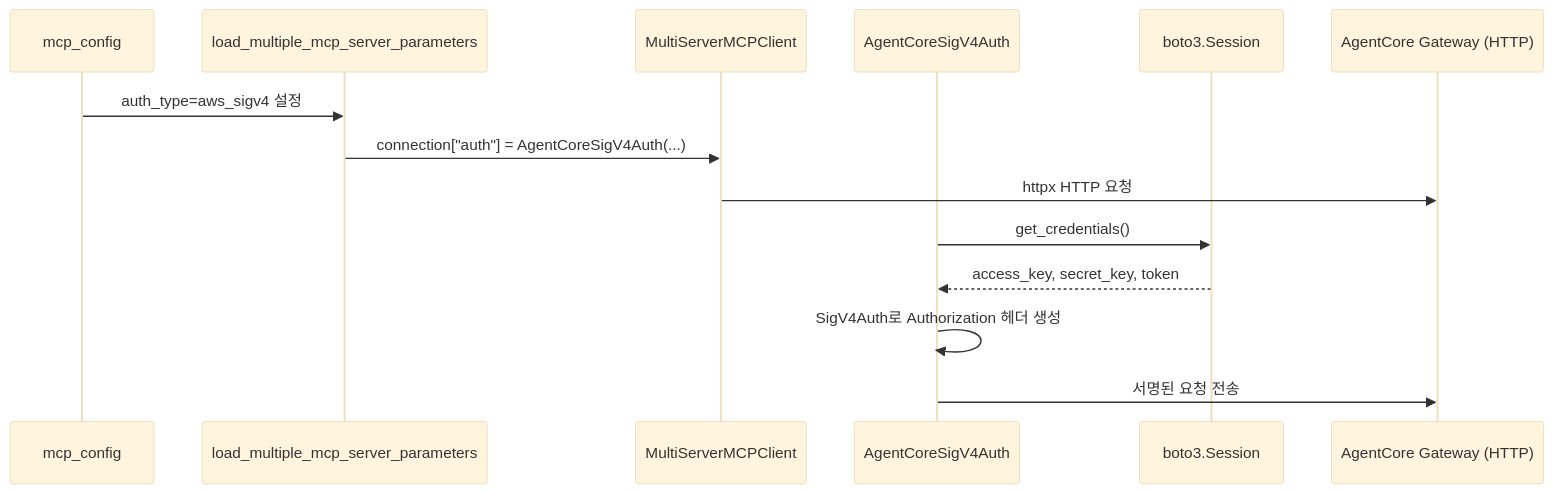
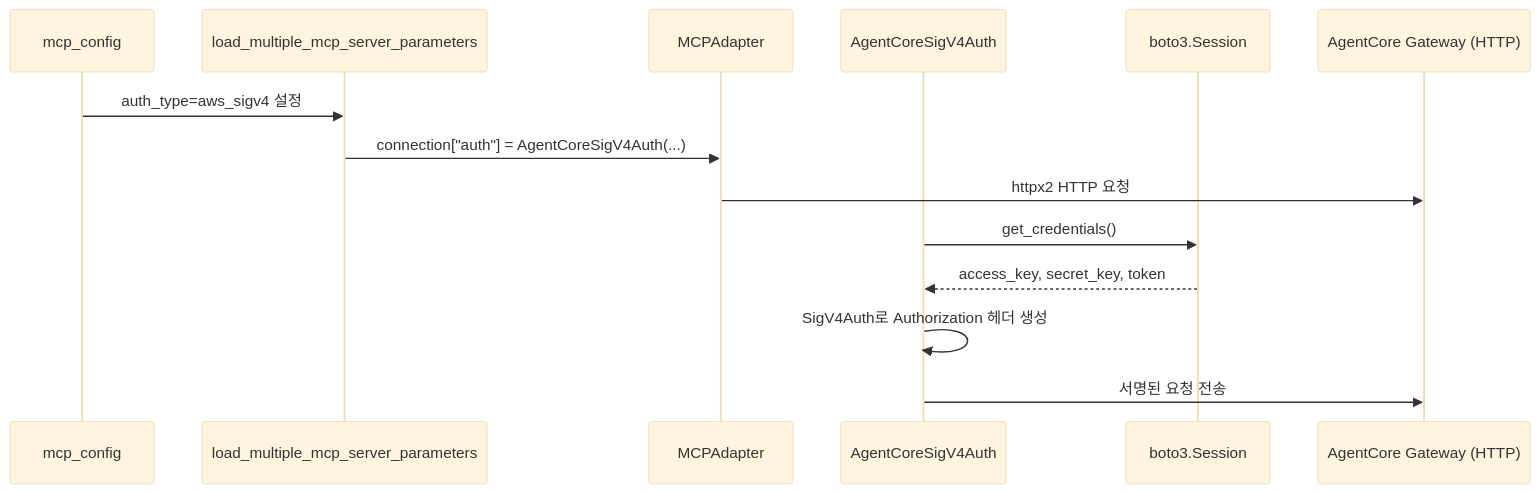
The third of 3 diagrams in websearch.md (kyopark2014/agent-skills), drawn with Mermaid (base theme) before and after one commit. The commit also changed other lines of this file and 23 other files, not shown here.

````diff
--- a/websearch.md
+++ b/websearch.md
@@ -321,17 +326,17 @@
 ```mermaid
 sequenceDiagram
     participant Config as mcp_config
     participant Loader as load_multiple_mcp_server_parameters
-    participant Client as MultiServerMCPClient
+    participant Client as MCPAdapter
     participant Auth as AgentCoreSigV4Auth
     participant Boto3 as boto3.Session
     participant Gateway as AgentCore Gateway (HTTP)
 
     Config->>Loader: auth_type=aws_sigv4 설정
     Loader->>Client: connection["auth"] = AgentCoreSigV4Auth(...)
-    Client->>Gateway: httpx HTTP 요청
+    Client->>Gateway: httpx2 HTTP 요청
     Auth->>Boto3: get_credentials()
     Boto3-->>Auth: access_key, secret_key, token
     Auth->>Auth: SigV4Auth로 Authorization 헤더 생성
     Auth->>Gateway: 서명된 요청 전송
 ```
````
